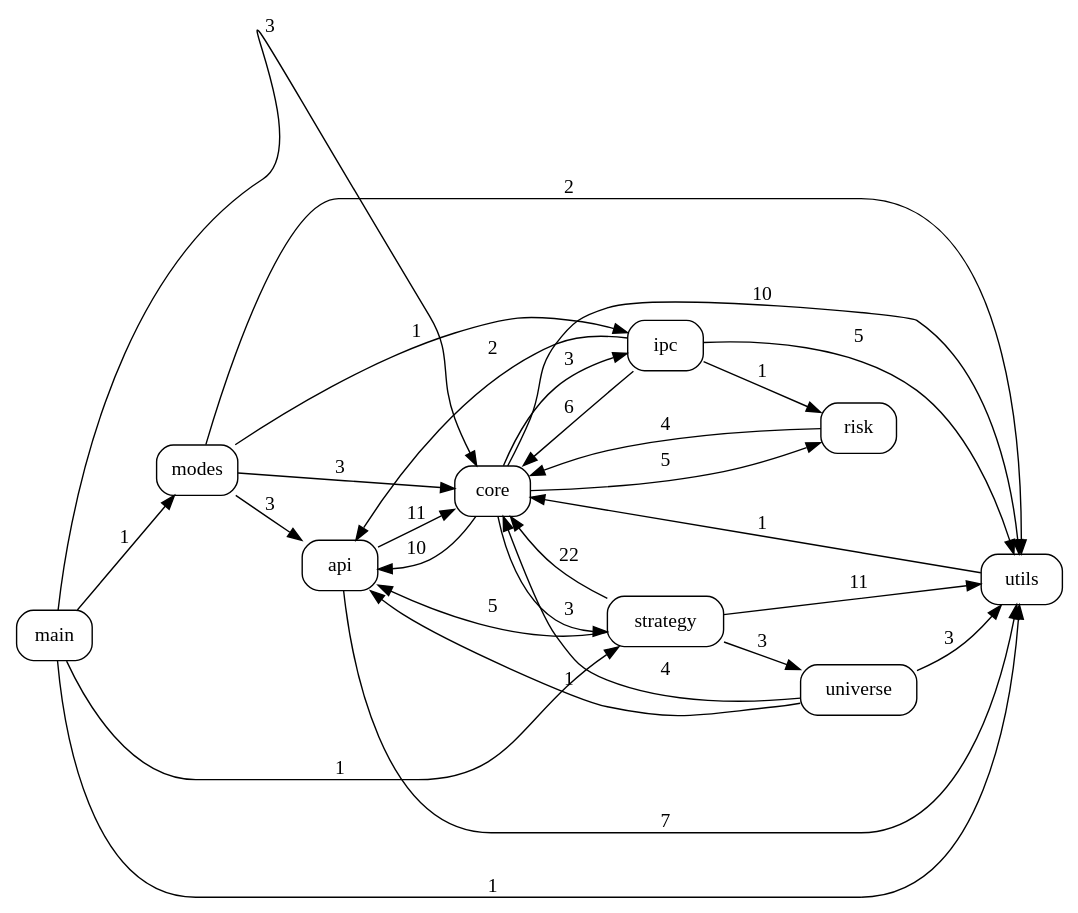
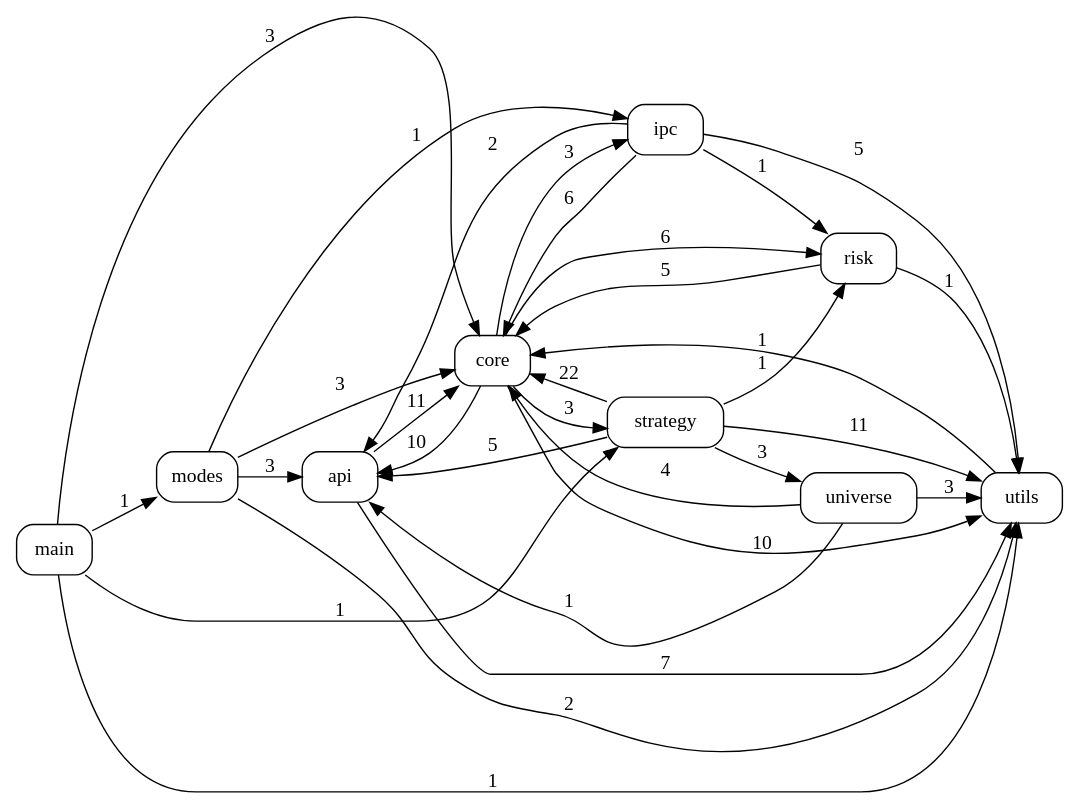
One commit to pypy8171/Quant changed the diagram in docs/code_graph.dot. Above: the diagram before and after it, drawn with Graphviz. The commit also changed 17 other files, not shown here.

```diff
--- a/docs/code_graph.dot
+++ b/docs/code_graph.dot
@@ -1,41 +1,43 @@
 digraph code_graph {
   rankdir=LR;
   node [shape=box, style=rounded, fontname="Consolas"];
   "api";
   "core";
   "ipc";
   "main";
   "modes";
   "risk";
   "strategy";
   "universe";
   "utils";
   "api" -> "core" [label="11"];
   "api" -> "utils" [label="7"];
   "core" -> "api" [label="10"];
   "core" -> "ipc" [label="3"];
-  "core" -> "risk" [label="5"];
+  "core" -> "risk" [label="6"];
   "core" -> "strategy" [label="3"];
   "core" -> "utils" [label="10"];
   "ipc" -> "api" [label="2"];
   "ipc" -> "core" [label="6"];
   "ipc" -> "risk" [label="1"];
   "ipc" -> "utils" [label="5"];
   "main" -> "core" [label="3"];
   "main" -> "modes" [label="1"];
   "main" -> "strategy" [label="1"];
   "main" -> "utils" [label="1"];
   "modes" -> "api" [label="3"];
   "modes" -> "core" [label="3"];
   "modes" -> "ipc" [label="1"];
   "modes" -> "utils" [label="2"];
-  "risk" -> "core" [label="4"];
+  "risk" -> "core" [label="5"];
+  "risk" -> "utils" [label="1"];
   "strategy" -> "api" [label="5"];
   "strategy" -> "core" [label="22"];
+  "strategy" -> "risk" [label="1"];
   "strategy" -> "universe" [label="3"];
   "strategy" -> "utils" [label="11"];
   "universe" -> "api" [label="1"];
   "universe" -> "core" [label="4"];
   "universe" -> "utils" [label="3"];
   "utils" -> "core" [label="1"];
 }
```
